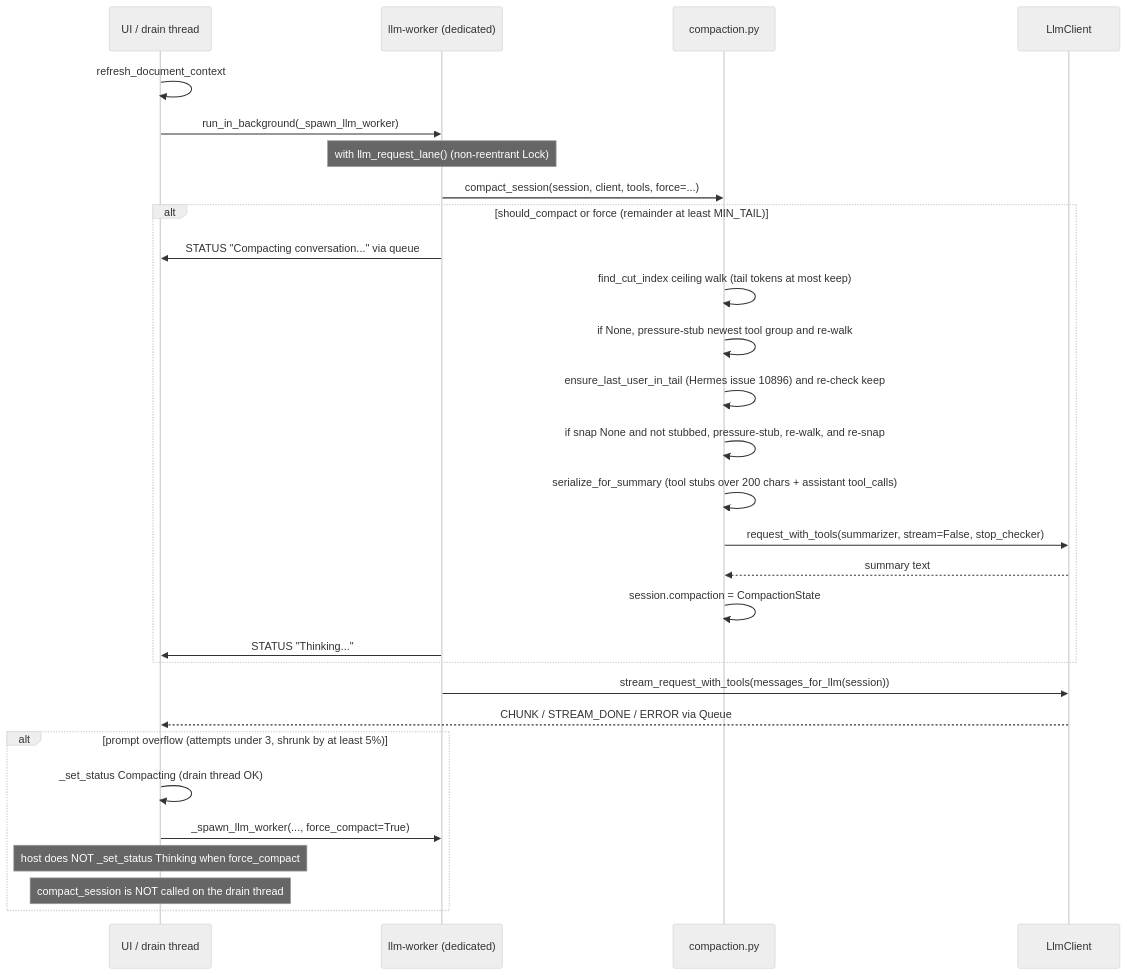
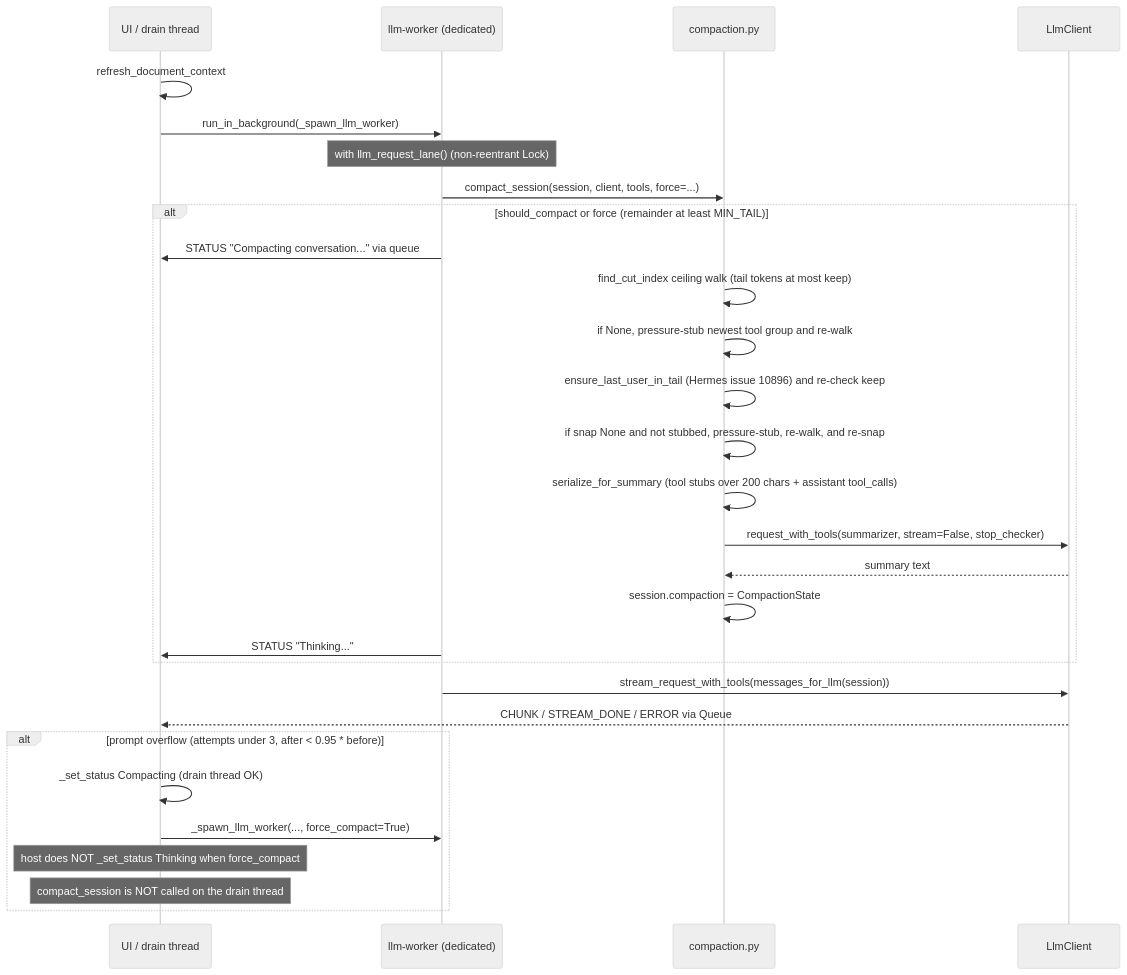
The second of 2 diagrams in docs/chat/compaction-dev-plan.md (KeithCu/localwriter), drawn with Mermaid (neutral theme) before and after one commit. The commit also changed other lines of this file and 4 other files, not shown here.

````diff
--- a/docs/chat/compaction-dev-plan.md
+++ b/docs/chat/compaction-dev-plan.md
@@ -58,31 +68,31 @@
 ```mermaid
 sequenceDiagram
   participant UI as UI / drain thread
   participant W as llm-worker (dedicated)
   participant C as compaction.py
   participant LLM as LlmClient
   UI->>UI: refresh_document_context
   UI->>W: run_in_background(_spawn_llm_worker)
   Note over W: with llm_request_lane() (non-reentrant Lock)
   W->>C: compact_session(session, client, tools, force=...)
   alt should_compact or force (remainder at least MIN_TAIL)
     W->>UI: STATUS "Compacting conversation..." via queue
     C->>C: find_cut_index ceiling walk (tail tokens at most keep)
     C->>C: if None, pressure-stub newest tool group and re-walk
     C->>C: ensure_last_user_in_tail (Hermes issue 10896) and re-check keep
     C->>C: if snap None and not stubbed, pressure-stub, re-walk, and re-snap
     C->>C: serialize_for_summary (tool stubs over 200 chars + assistant tool_calls)
     C->>LLM: request_with_tools(summarizer, stream=False, stop_checker)
     LLM-->>C: summary text
     C->>C: session.compaction = CompactionState
     W->>UI: STATUS "Thinking..."
   end
   W->>LLM: stream_request_with_tools(messages_for_llm(session))
   LLM-->>UI: CHUNK / STREAM_DONE / ERROR via Queue
-  alt prompt overflow (attempts under 3, shrunk by at least 5%)
+  alt prompt overflow (attempts under 3, after < 0.95 * before)
     UI->>UI: _set_status Compacting (drain thread OK)
     UI->>W: _spawn_llm_worker(..., force_compact=True)
     Note over UI: host does NOT _set_status Thinking when force_compact
     Note over UI: compact_session is NOT called on the drain thread
   end
 ```
````
